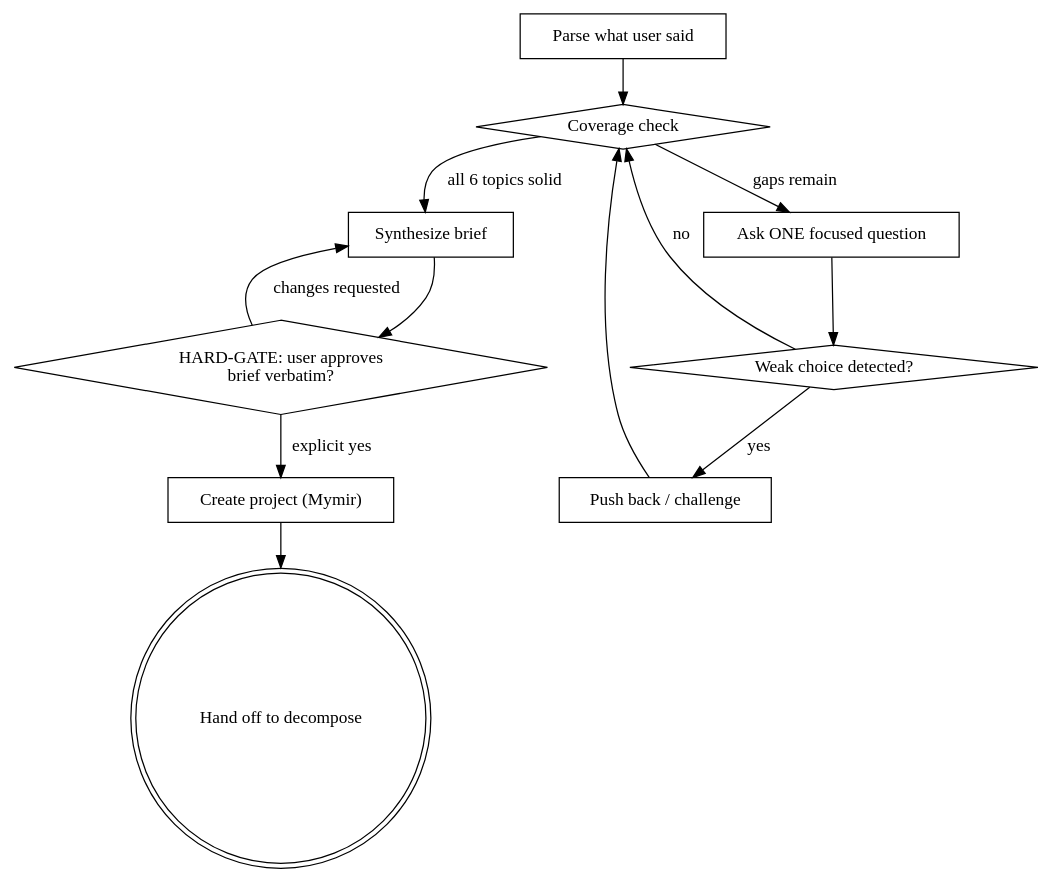
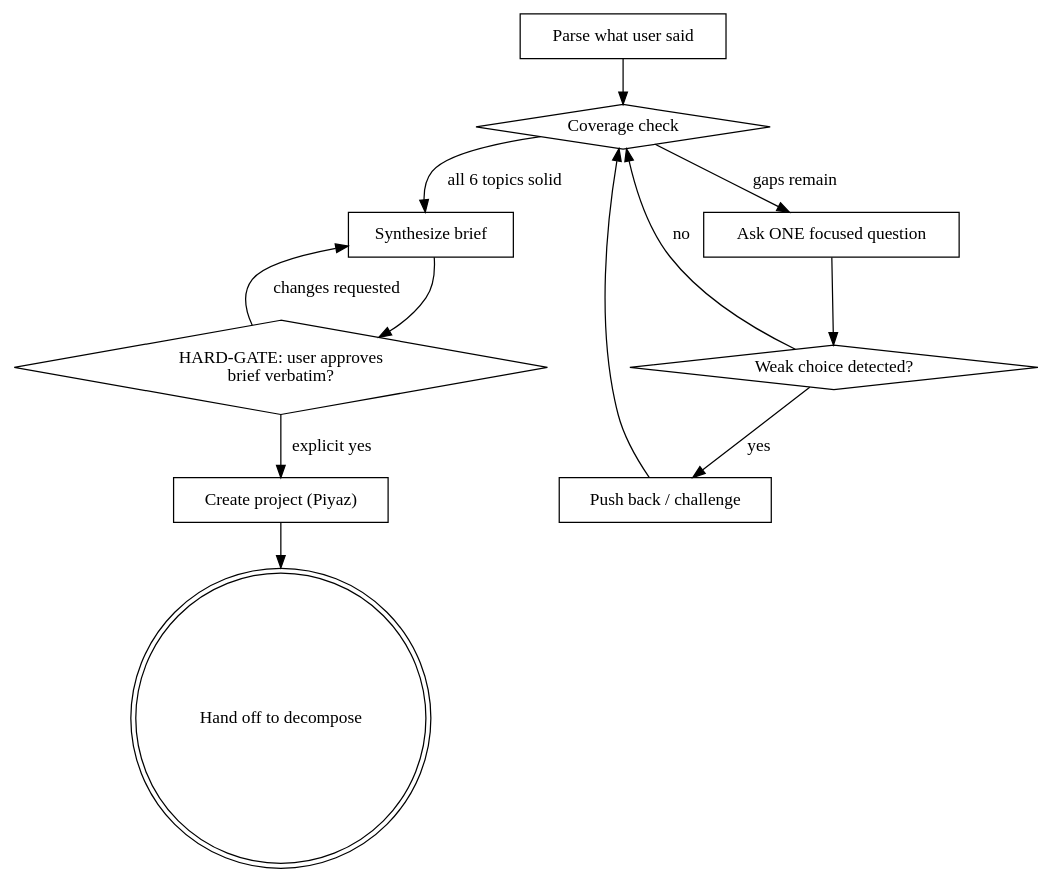
One commit to FrkAk/piyaz changed the diagram in plugins/antigravity/skills/brainstorm/SKILL.md. Above: the diagram before and after it, drawn with Graphviz. The commit also changed other lines of this file and 143 other files, not shown here.

Commit message:
chore: rebrand mymir to piyaz across code, plugins, MCP tools, db, and SEO (#137)

````diff
--- a/plugins/antigravity/skills/brainstorm/SKILL.md
+++ b/plugins/antigravity/skills/brainstorm/SKILL.md
@@ -54,25 +54,25 @@
 ```dot
 digraph brainstorm {
     "Parse what user said" [shape=box];
     "Coverage check" [shape=diamond];
     "Ask ONE focused question" [shape=box];
     "Push back / challenge" [shape=box];
     "Weak choice detected?" [shape=diamond];
     "Synthesize brief" [shape=box];
     "HARD-GATE: user approves\nbrief verbatim?" [shape=diamond];
-    "Create project (Mymir)" [shape=box];
+    "Create project (Piyaz)" [shape=box];
     "Hand off to decompose" [shape=doublecircle];
 
     "Parse what user said" -> "Coverage check";
     "Coverage check" -> "Ask ONE focused question" [label="gaps remain"];
     "Coverage check" -> "Synthesize brief" [label="all 6 topics solid"];
     "Ask ONE focused question" -> "Weak choice detected?";
     "Weak choice detected?" -> "Push back / challenge" [label="yes"];
     "Weak choice detected?" -> "Coverage check" [label="no"];
     "Push back / challenge" -> "Coverage check";
     "Synthesize brief" -> "HARD-GATE: user approves\nbrief verbatim?";
     "HARD-GATE: user approves\nbrief verbatim?" -> "Synthesize brief" [label="changes requested"];
-    "HARD-GATE: user approves\nbrief verbatim?" -> "Create project (Mymir)" [label="explicit yes"];
-    "Create project (Mymir)" -> "Hand off to decompose";
+    "HARD-GATE: user approves\nbrief verbatim?" -> "Create project (Piyaz)" [label="explicit yes"];
+    "Create project (Piyaz)" -> "Hand off to decompose";
 }
 ```
````
